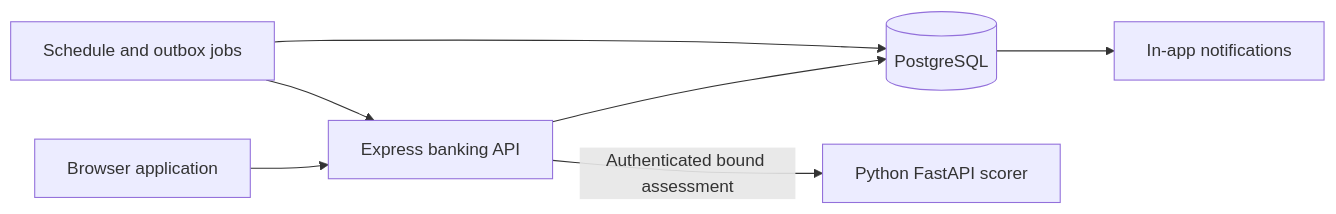
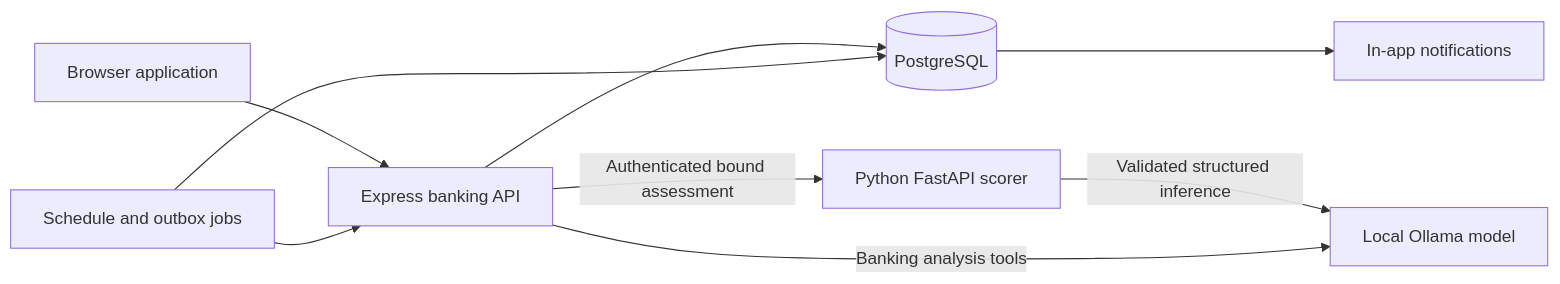
The diagram in docs/architecture.md (DisguisedKairos/FYP), drawn with Mermaid before and after one commit. The commit also changed other lines of this file and 74 other files, not shown here.

Commit message:
Require local Ollama for all AI and remove simulated fraud scoring

````diff
--- a/docs/architecture.md
+++ b/docs/architecture.md
@@ -7,9 +7,11 @@
 ```mermaid
 flowchart LR
   Browser[Browser application] --> Express[Express banking API]
   Express --> PG[(PostgreSQL)]
   Express -->|Authenticated bound assessment| Python[Python FastAPI scorer]
+  Python -->|Validated structured inference| Ollama[Local Ollama model]
+  Express -->|Banking analysis tools| Ollama
   Jobs[Schedule and outbox jobs] --> PG
   Jobs --> Express
   PG --> Alerts[In-app notifications]
 ```
````
